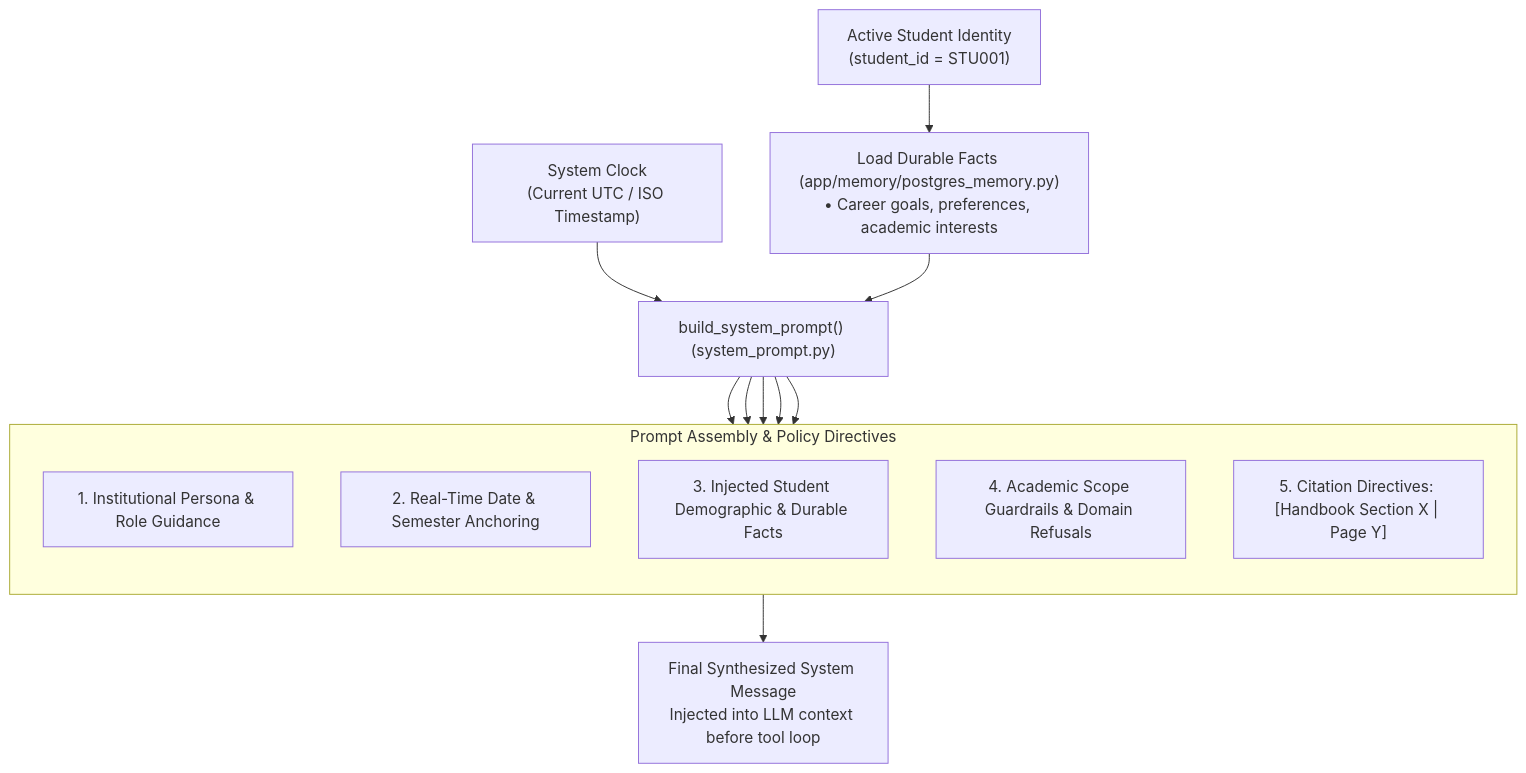
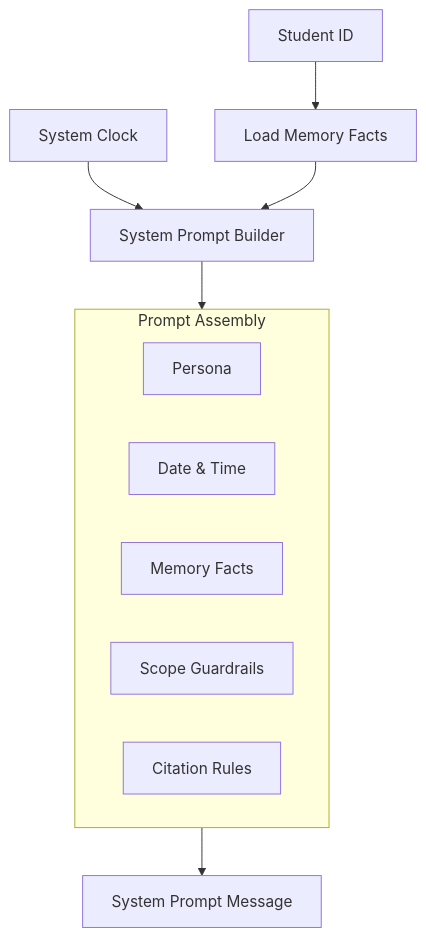
One commit to nakul-cloud/Intelligent_Student_Support_Agent changed the diagram in Intelligent_Student_Support_Agent/app/prompts/README.md. Above: the diagram before and after it, drawn with Mermaid. The commit also changed 28 other files, not shown here.

````diff
--- a/Intelligent_Student_Support_Agent/app/prompts/README.md
+++ b/Intelligent_Student_Support_Agent/app/prompts/README.md
@@ -9,23 +9,18 @@
 ```mermaid
 flowchart TD
-    ID["Active Student Identity<br/>(student_id = STU001)"] --> Memory["Load Durable Facts (app/memory/postgres_memory.py)<br/>• Career goals, preferences, academic interests"]
-    Time["System Clock<br/>(Current UTC / ISO Timestamp)"] --> Builder
-    Memory --> Builder["build_system_prompt() (system_prompt.py)"]
+    ID["Student ID"] --> Memory["Load Memory Facts"]
+    Time["System Clock"] --> Builder["System Prompt Builder"]
+    Memory --> Builder
 
-    subgraph Directives["Prompt Assembly & Policy Directives"]
-        direction TB
-        Persona["1. Institutional Persona & Role Guidance"]
-        TimeContext["2. Real-Time Date & Semester Anchoring"]
-        Facts["3. Injected Student Demographic & Durable Facts"]
-        Refusal["4. Academic Scope Guardrails & Domain Refusals"]
-        Citations["5. Citation Directives: [Handbook Section X | Page Y]"]
+    subgraph Directives["Prompt Assembly"]
+        direction LR
+        Persona["Persona"]
+        TimeContext["Date & Time"]
+        Facts["Memory Facts"]
+        Refusal["Scope Guardrails"]
+        Citations["Citation Rules"]
     end
 
-    Builder --> Persona
-    Builder --> TimeContext
-    Builder --> Facts
-    Builder --> Refusal
-    Builder --> Citations
-
-    Directives --> SystemMsg["Final Synthesized System Message<br/>Injected into LLM context before tool loop"]
+    Builder --> Directives
+    Directives --> SystemMsg["System Prompt Message"]
 ```
````
